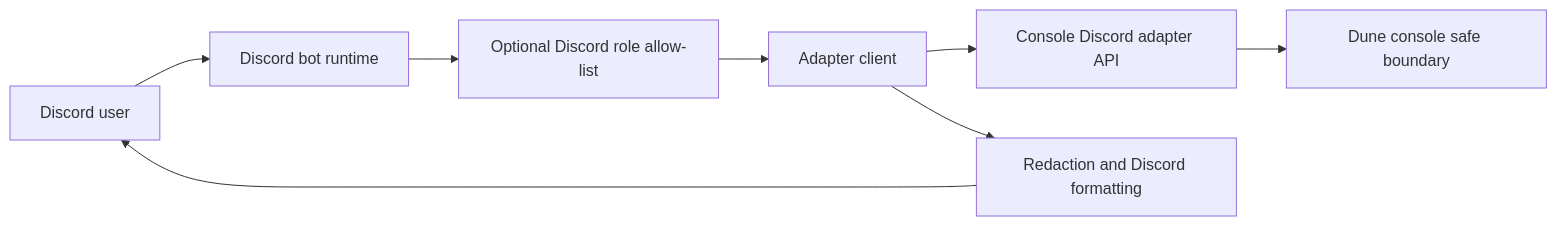
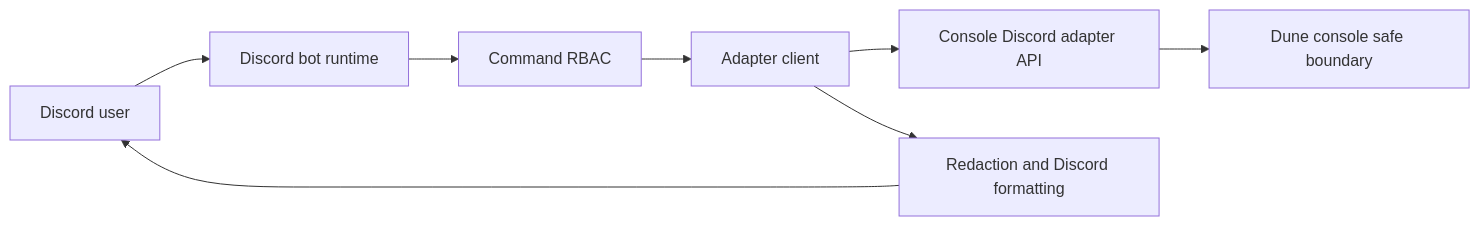
The diagram in docs/architecture.md (yacketrj/dune-awakening-selfhost-discordbot), drawn with Mermaid before and after one commit. The commit also changed other lines of this file and 11 other files, not shown here.

First line of the commit message:
Finalize roadmap and add command RBAC (#4)

````diff
--- a/docs/architecture.md
+++ b/docs/architecture.md
@@ -26,10 +26,10 @@
 ```mermaid
 flowchart LR
   User["Discord user"] --> Bot["Discord bot runtime"]
-  Bot --> Guard["Optional Discord role allow-list"]
+  Bot --> Guard["Command RBAC"]
   Guard --> Client["Adapter client"]
   Client --> Adapter["Console Discord adapter API"]
   Adapter --> Console["Dune console safe boundary"]
   Client --> Redaction["Redaction and Discord formatting"]
   Redaction --> User
 ```
````
